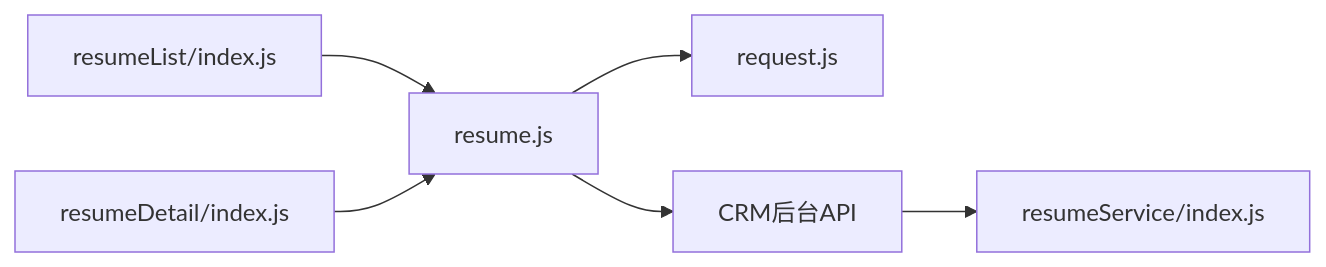
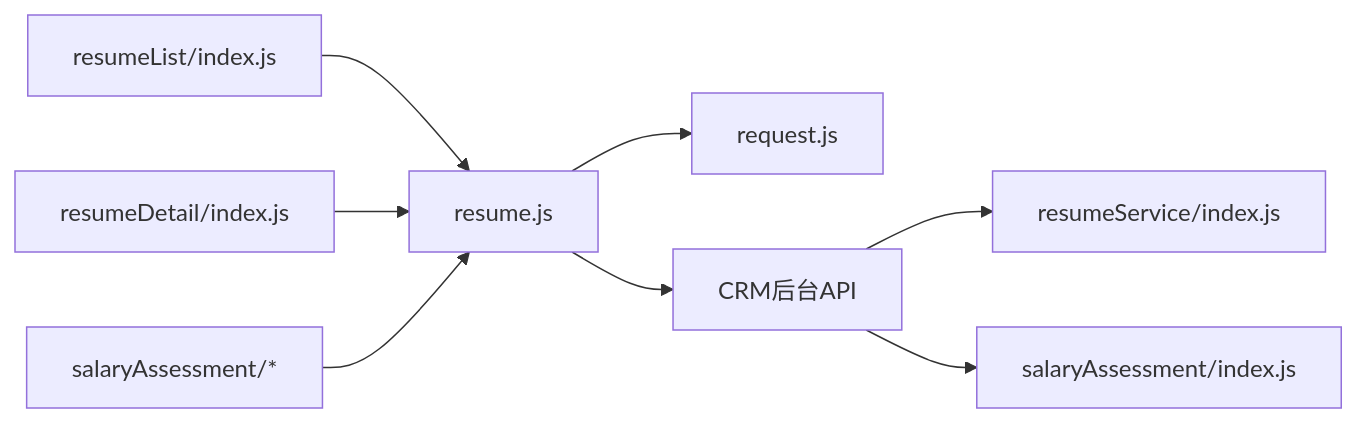
The seventh of 7 diagrams in .qoder/repowiki/zh/content/核心功能/简历系统/简历系统.md (sunxuebo91/-), drawn with Mermaid before and after one commit. The commit also changed other lines of this file and 123 other files, not shown here.

````diff
--- a/.qoder/repowiki/zh/content/核心功能/简历系统/简历系统.md
+++ b/.qoder/repowiki/zh/content/核心功能/简历系统/简历系统.md
@@ -276,8 +376,10 @@
 ```mermaid
 graph LR
 L["resumeList/index.js"] --> RS["resume.js"]
 D["resumeDetail/index.js"] --> RS
+SA["salaryAssessment/*"] --> RS
 RS --> REQ["request.js"]
 RS --> API["CRM后台API"]
-API --> CF["resumeService/index.js"]
+API --> CF1["resumeService/index.js"]
+API --> CF2["salaryAssessment/index.js"]
 ```
````
